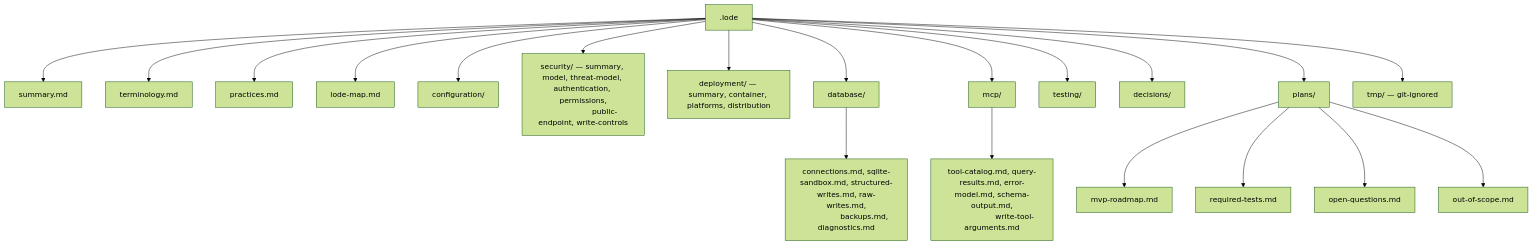
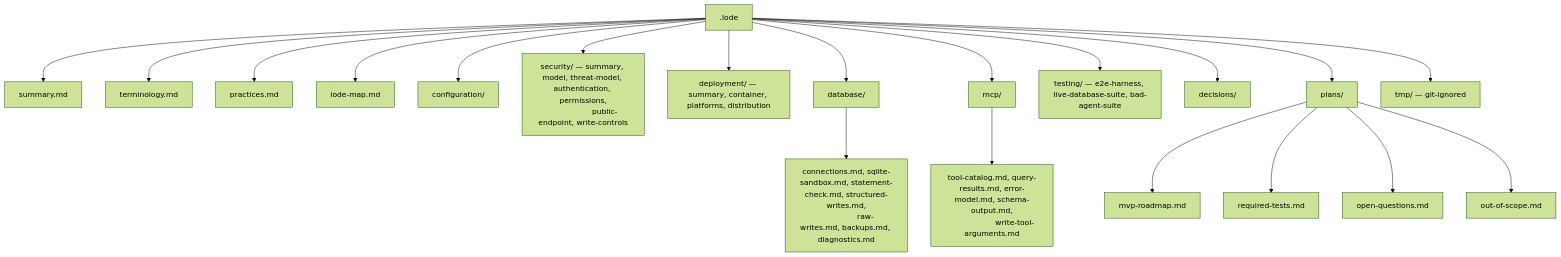
The diagram in .lode/lode-map.md (xakpc/sqlite-mcp-sidecar), drawn with Mermaid (forest theme) before and after one commit. The commit also changed other lines of this file and 34 other files, not shown here.

````diff
--- a/.lode/lode-map.md
+++ b/.lode/lode-map.md
@@ -8,25 +8,25 @@
 ```mermaid
 flowchart TD
     root[.lode] --> s[summary.md]
     root --> t[terminology.md]
     root --> p[practices.md]
     root --> m[lode-map.md]
     root --> cfg[configuration/]
     root --> sec[security/ — summary, model, threat-model, authentication, permissions,
                   public-endpoint, write-controls]
     root --> dep[deployment/ — summary, container, platforms, distribution]
     root --> dbd[database/]
     root --> mcpd[mcp/]
-    root --> tst[testing/]
+    root --> tst[testing/ — e2e-harness, live-database-suite, bad-agent-suite]
     root --> dec[decisions/]
     root --> plans[plans/]
     root --> tmp[tmp/ — git-ignored]
-    dbd --> dbs[connections.md, sqlite-sandbox.md, structured-writes.md, raw-writes.md,
-                backups.md, diagnostics.md]
+    dbd --> dbs[connections.md, sqlite-sandbox.md, statement-check.md, structured-writes.md,
+                raw-writes.md, backups.md, diagnostics.md]
     mcpd --> mcps[tool-catalog.md, query-results.md, error-model.md, schema-output.md,
                    write-tool-arguments.md]
     plans --> rm[mvp-roadmap.md]
     plans --> rt[required-tests.md]
     plans --> oq[open-questions.md]
     plans --> oos[out-of-scope.md]
 ```
````
